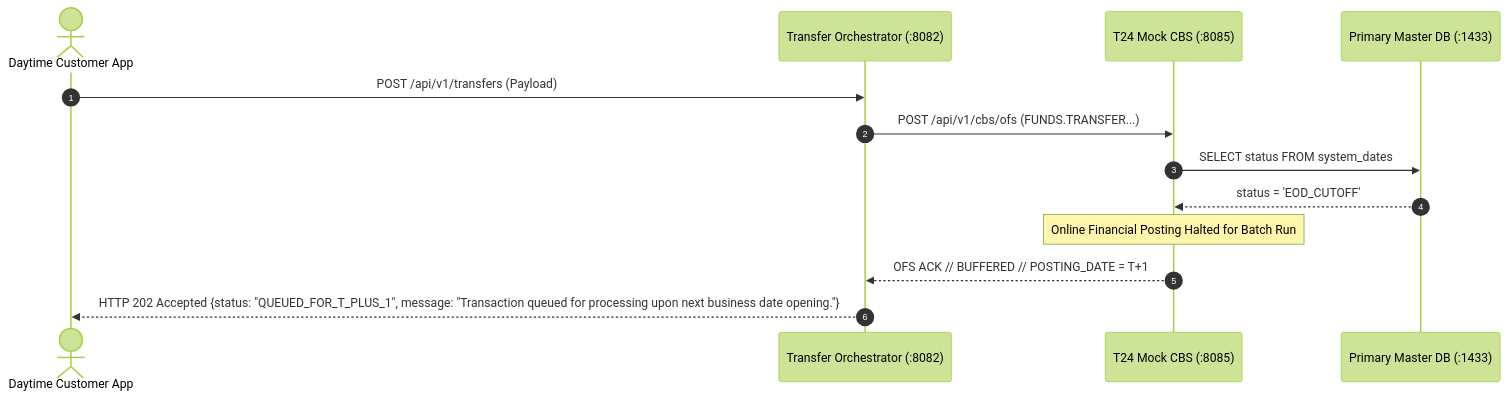
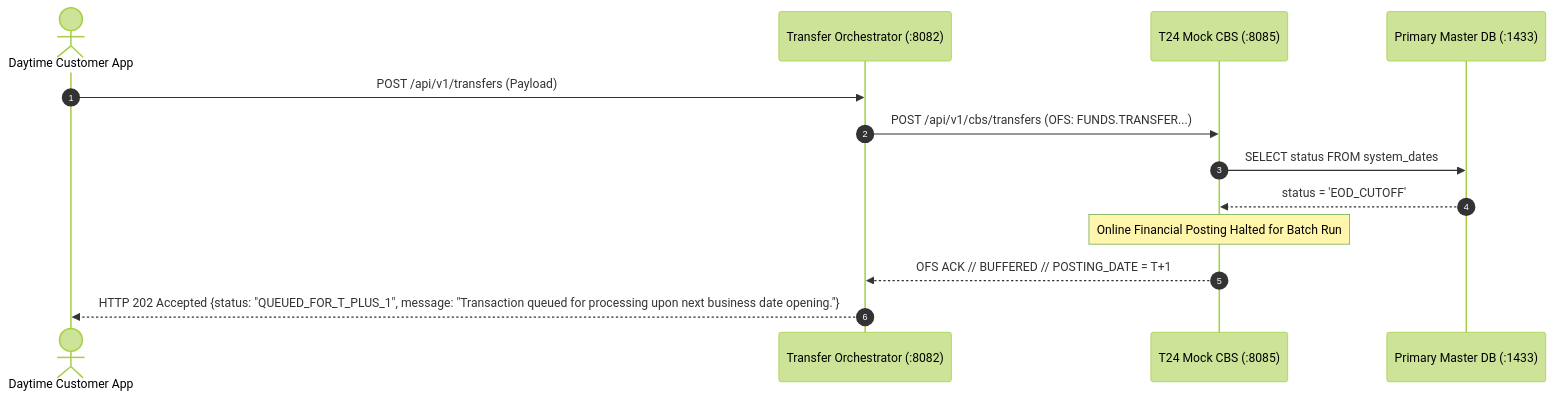
Before and after one commit to romzelmadidev/group3_fse_capstone: diagram 19 of 25 in docs/architecture/TARGET_ARCHITECTURE_TRANSITION_DESIGN.md, drawn with Mermaid (forest theme). The commit also changed other lines of this file and 1 other file, not shown here.

Commit message:
Committed current T24 target architecture document

````diff
--- a/docs/architecture/TARGET_ARCHITECTURE_TRANSITION_DESIGN.md
+++ b/docs/architecture/TARGET_ARCHITECTURE_TRANSITION_DESIGN.md
@@ -868,16 +897,16 @@
 ```mermaid
 sequenceDiagram
     autonumber
     actor Customer as Daytime Customer App
     participant Orch as Transfer Orchestrator (:8082)
     participant CBS as T24 Mock CBS (:8085)
     participant MasterDB as Primary Master DB (:1433)
 
     Customer->>Orch: POST /api/v1/transfers (Payload)
-    Orch->>CBS: POST /api/v1/cbs/ofs (FUNDS.TRANSFER...)
+    Orch->>CBS: POST /api/v1/cbs/transfers (OFS: FUNDS.TRANSFER...)
     CBS->>MasterDB: SELECT status FROM system_dates
     MasterDB-->>CBS: status = 'EOD_CUTOFF'
     Note over CBS: Online Financial Posting Halted for Batch Run
     CBS-->>Orch: OFS ACK // BUFFERED // POSTING_DATE = T+1
     Orch-->>Customer: HTTP 202 Accepted {status: "QUEUED_FOR_T_PLUS_1", message: "Transaction queued for processing upon next business date opening."}
 ```
````
